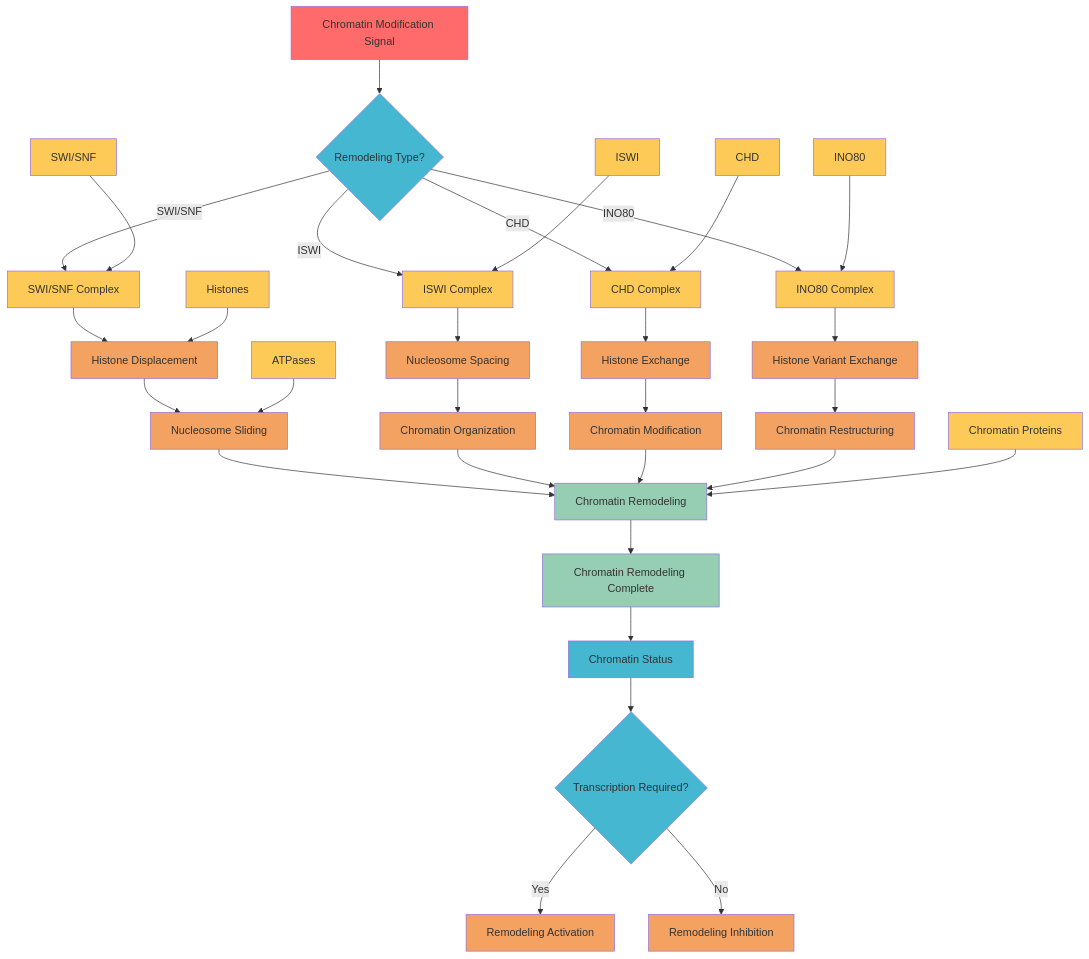
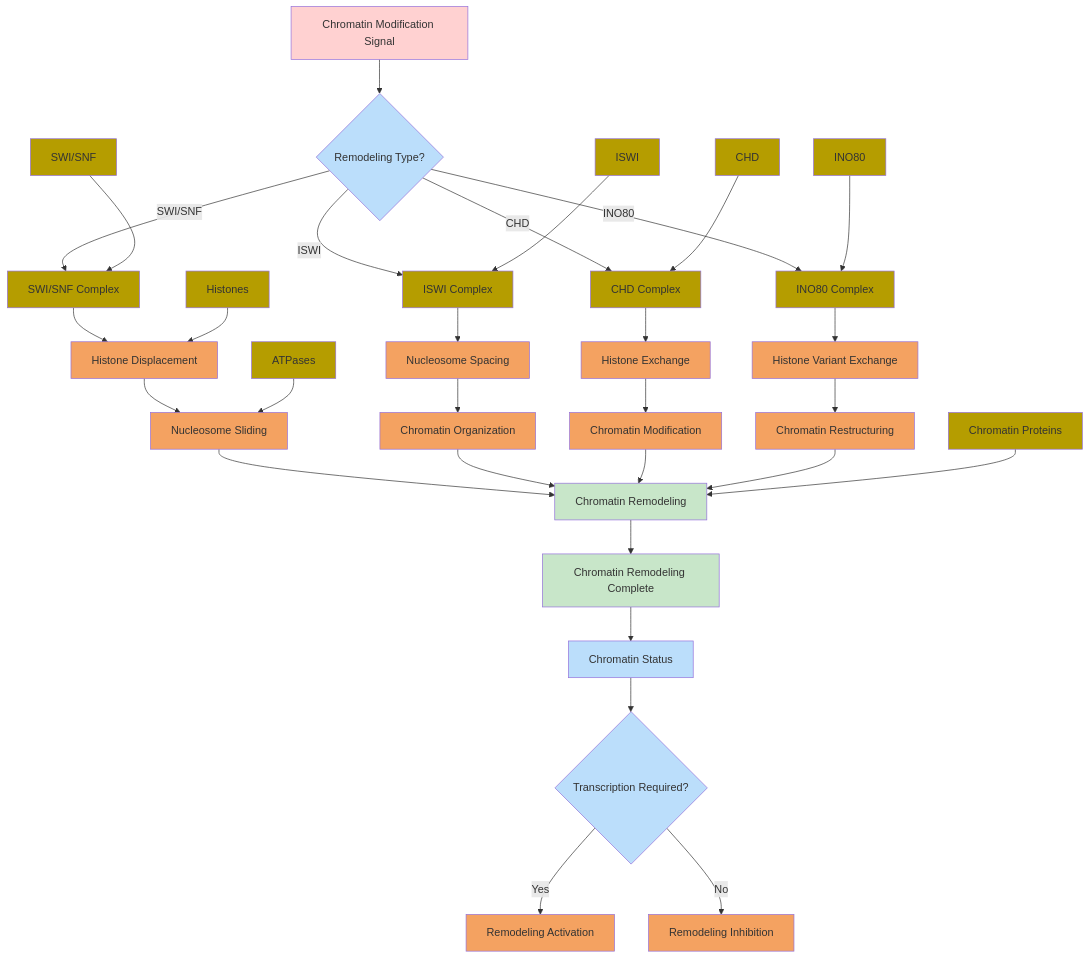
Before and after one commit to garywelz/glmp: the diagram in docs/paper/community/contributions/new_charts/batch8_01_chromatin_remodeling.mmd, drawn with Mermaid. The commit also changed 251 other files, not shown here.

Commit message:
Update color scheme for biological process flowcharts

```diff
--- a/docs/paper/community/contributions/new_charts/batch8_01_chromatin_remodeling.mmd
+++ b/docs/paper/community/contributions/new_charts/batch8_01_chromatin_remodeling.mmd
@@ -1,68 +1,68 @@
 graph TD
     A[Chromatin Modification Signal] --> B{Remodeling Type?}
     B -->|SWI/SNF| C[SWI/SNF Complex]
     B -->|ISWI| D[ISWI Complex]
     B -->|CHD| E[CHD Complex]
     B -->|INO80| F[INO80 Complex]
     
     C --> G[Histone Displacement]
     G --> H[Nucleosome Sliding]
     H --> I[Chromatin Remodeling]
     
     D --> J[Nucleosome Spacing]
     J --> K[Chromatin Organization]
     K --> I
     
     E --> L[Histone Exchange]
     L --> M[Chromatin Modification]
     M --> I
     
     F --> N[Histone Variant Exchange]
     N --> O[Chromatin Restructuring]
     O --> I
     
     I --> P[Chromatin Remodeling Complete]
     
     %% Regulation
     P --> Q[Chromatin Status]
     Q --> R{Transcription Required?}
     R -->|Yes| S[Remodeling Activation]
     R -->|No| T[Remodeling Inhibition]
     
     %% Key proteins
     U[SWI/SNF] --> C
     V[ISWI] --> D
     W[CHD] --> E
     X[INO80] --> F
     Y[Histones] --> G
     Z[ATPases] --> H
     AA[Chromatin Proteins] --> I
     
     %% Styling
-    style A fill:#ff6b6b
-    style B fill:#45b7d1
-    style C fill:#feca57
-    style D fill:#feca57
-    style E fill:#feca57
-    style F fill:#feca57
+    style A fill:#ffd1d1
+    style B fill:#bbdefb
+    style C fill:#b59d00
+    style D fill:#b59d00
+    style E fill:#b59d00
+    style F fill:#b59d00
     style G fill:#f4a261
     style H fill:#f4a261
-    style I fill:#96ceb4
+    style I fill:#c8e6c9
     style J fill:#f4a261
     style K fill:#f4a261
     style L fill:#f4a261
     style M fill:#f4a261
     style N fill:#f4a261
     style O fill:#f4a261
-    style P fill:#96ceb4
-    style Q fill:#45b7d1
-    style R fill:#45b7d1
+    style P fill:#c8e6c9
+    style Q fill:#bbdefb
+    style R fill:#bbdefb
     style S fill:#f4a261
     style T fill:#f4a261
-    style U fill:#feca57
-    style V fill:#feca57
-    style W fill:#feca57
-    style X fill:#feca57
-    style Y fill:#feca57
-    style Z fill:#feca57
-    style AA fill:#feca57
+    style U fill:#b59d00
+    style V fill:#b59d00
+    style W fill:#b59d00
+    style X fill:#b59d00
+    style Y fill:#b59d00
+    style Z fill:#b59d00
+    style AA fill:#b59d00
```
